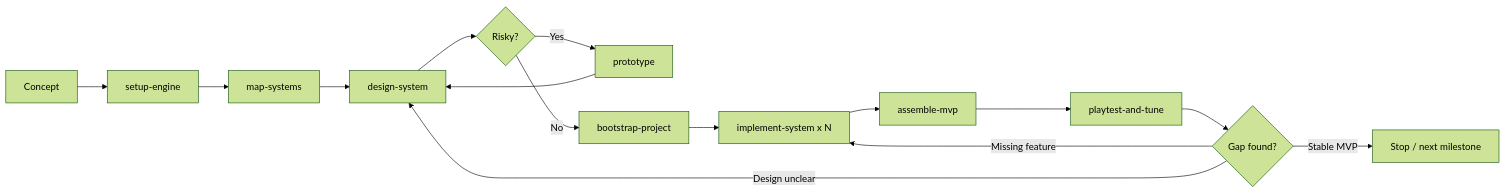
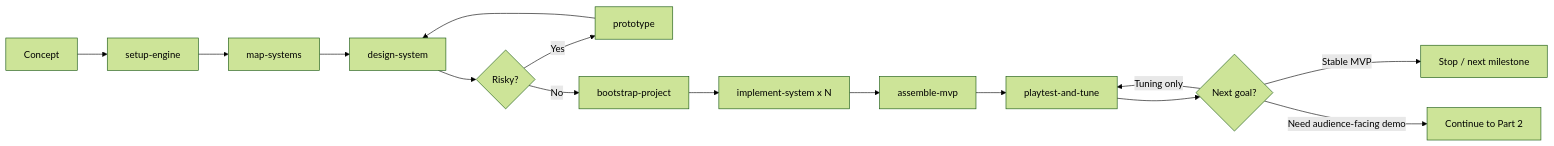
One commit to avelrl/skills changed the first of 4 diagrams in docs/gamedev-workflow.md. Above: the diagram before and after it, drawn with Mermaid (forest theme). The commit also changed other lines of this file and 25 other files, not shown here.

````diff
--- a/docs/gamedev-workflow.md
+++ b/docs/gamedev-workflow.md
@@ -46,17 +48,17 @@
 ```mermaid
 flowchart LR
     A["Concept"] --> B["setup-engine"]
     B --> C["map-systems"]
     C --> D["design-system"]
     D --> E{"Risky?"}
     E -->|Yes| F["prototype"]
     F --> D
     E -->|No| G["bootstrap-project"]
     G --> H["implement-system x N"]
     H --> I["assemble-mvp"]
     I --> J["playtest-and-tune"]
-    J --> K{"Gap found?"}
-    K -->|Missing feature| H
-    K -->|Design unclear| D
+    J --> K{"Next goal?"}
+    K -->|Tuning only| J
     K -->|Stable MVP| L["Stop / next milestone"]
+    K -->|Need audience-facing demo| M["Continue to Part 2"]
 ```
````
